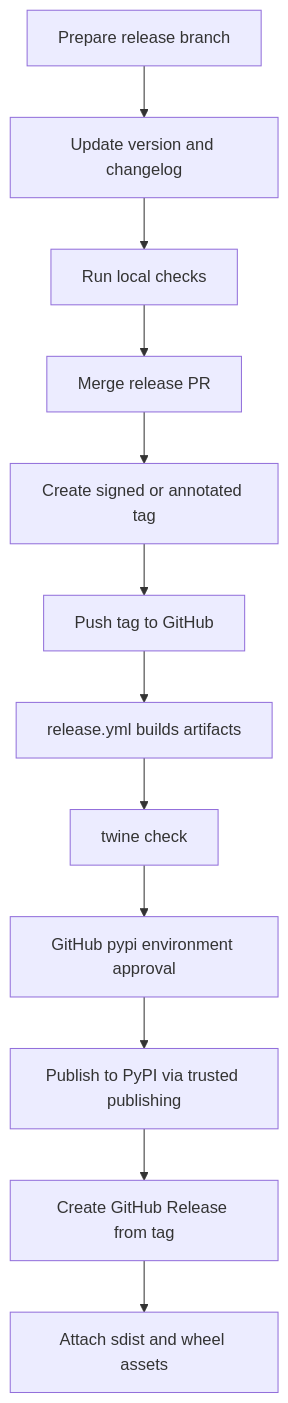
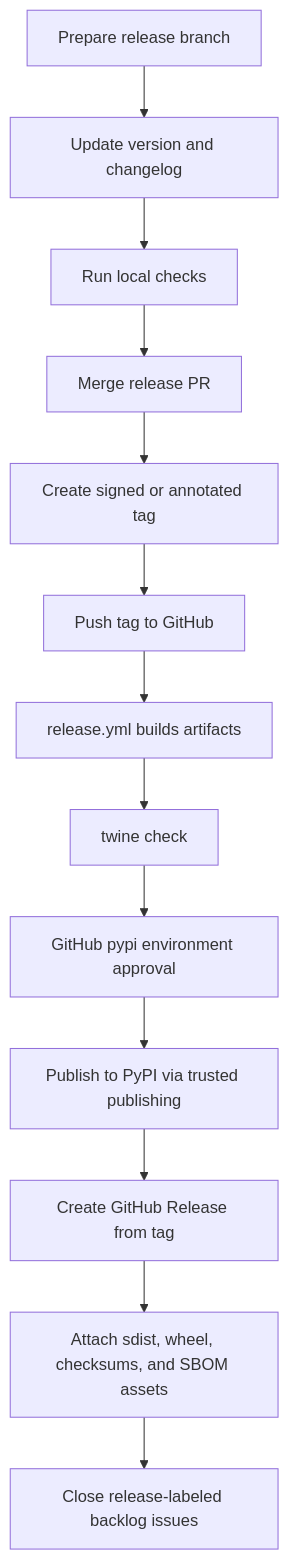
Before and after one commit to ProjectCuillin/nats-sinks: the diagram in docs/publishing.md, drawn with Mermaid. The commit also changed other lines of this file and 345 other files, not shown here.

````diff
--- a/docs/publishing.md
+++ b/docs/publishing.md
@@ -44,14 +44,15 @@
 ```mermaid
 flowchart TD
     Prepare[Prepare release branch] --> Version[Update version and changelog]
     Version --> Checks[Run local checks]
     Checks --> PR[Merge release PR]
     PR --> Tag[Create signed or annotated tag]
     Tag --> Push[Push tag to GitHub]
     Push --> Actions[release.yml builds artifacts]
     Actions --> Verify[twine check]
     Verify --> Env[GitHub pypi environment approval]
     Env --> Publish[Publish to PyPI via trusted publishing]
     Publish --> GHRelease[Create GitHub Release from tag]
-    GHRelease --> Assets[Attach sdist and wheel assets]
+    GHRelease --> Assets[Attach sdist, wheel, checksums, and SBOM assets]
+    Assets --> CloseIssues[Close release-labeled backlog issues]
 ```
````
